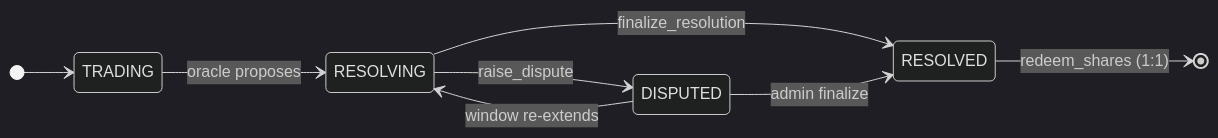
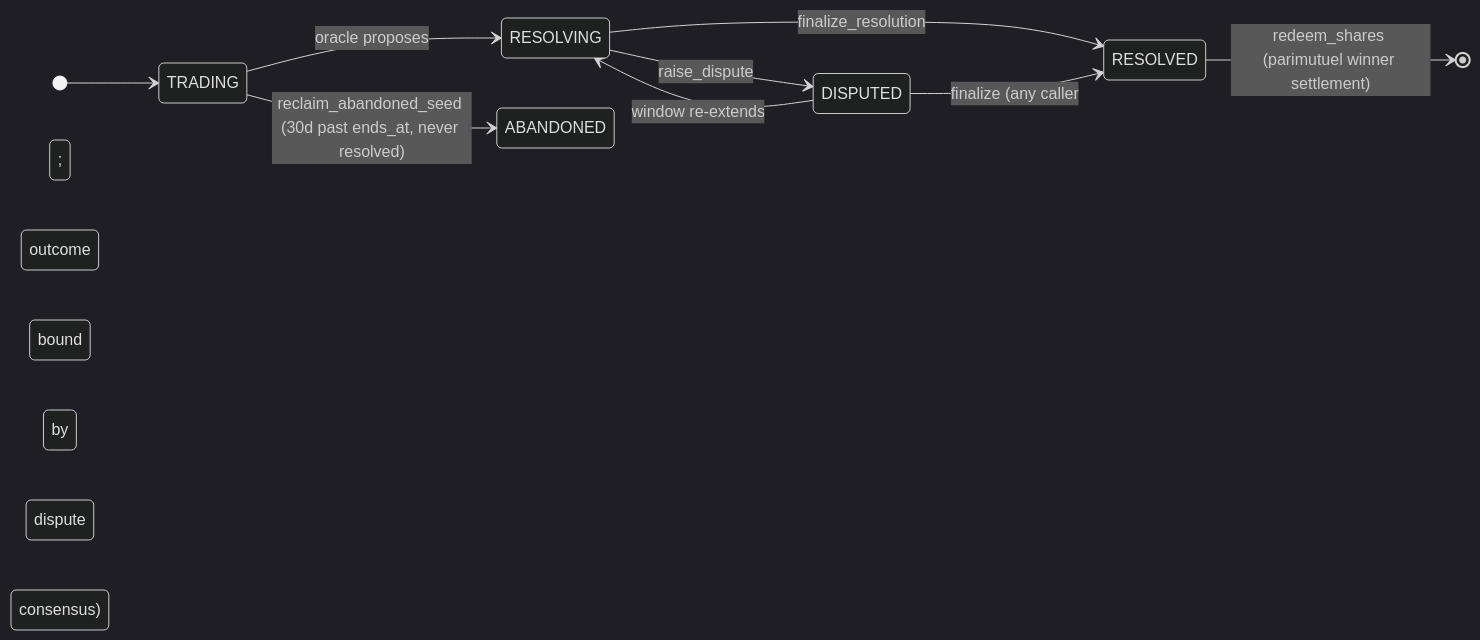
One commit to oddsZero/.github changed the second of 2 diagrams in profile/README.md. Above: the diagram before and after it, drawn with Mermaid (dark theme). The commit also changed other lines of this file, not shown here.

````diff
--- a/profile/README.md
+++ b/profile/README.md
@@ -225,11 +221,12 @@
 ```mermaid
 stateDiagram-v2
     direction LR
     [*] --> TRADING
     TRADING --> RESOLVING : oracle proposes
     RESOLVING --> DISPUTED : raise_dispute
     DISPUTED --> RESOLVING : window re-extends
     RESOLVING --> RESOLVED : finalize_resolution
-    DISPUTED --> RESOLVED : admin finalize
-    RESOLVED --> [*] : redeem_shares (1:1)
+    DISPUTED --> RESOLVED : finalize (any caller; outcome bound by dispute consensus)
+    RESOLVED --> [*] : redeem_shares (parimutuel winner settlement)
+    TRADING --> ABANDONED : reclaim_abandoned_seed (30d past ends_at, never resolved)
 ```
````
